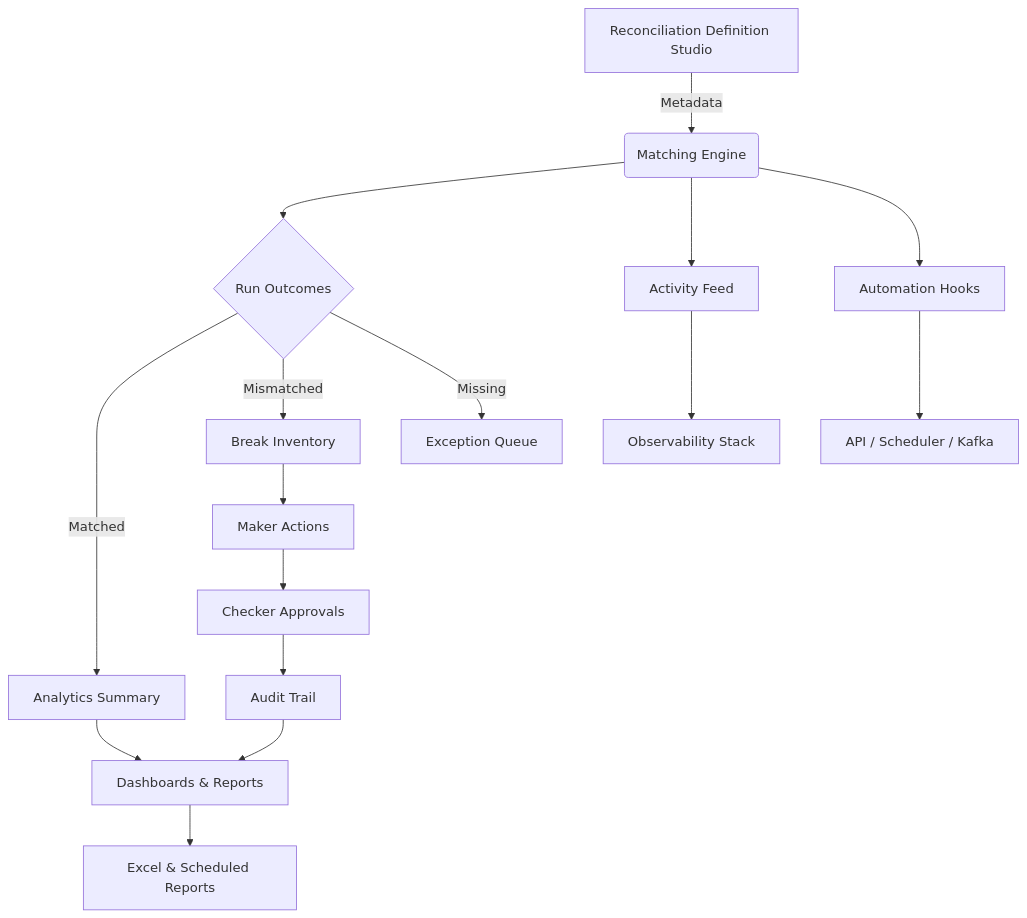
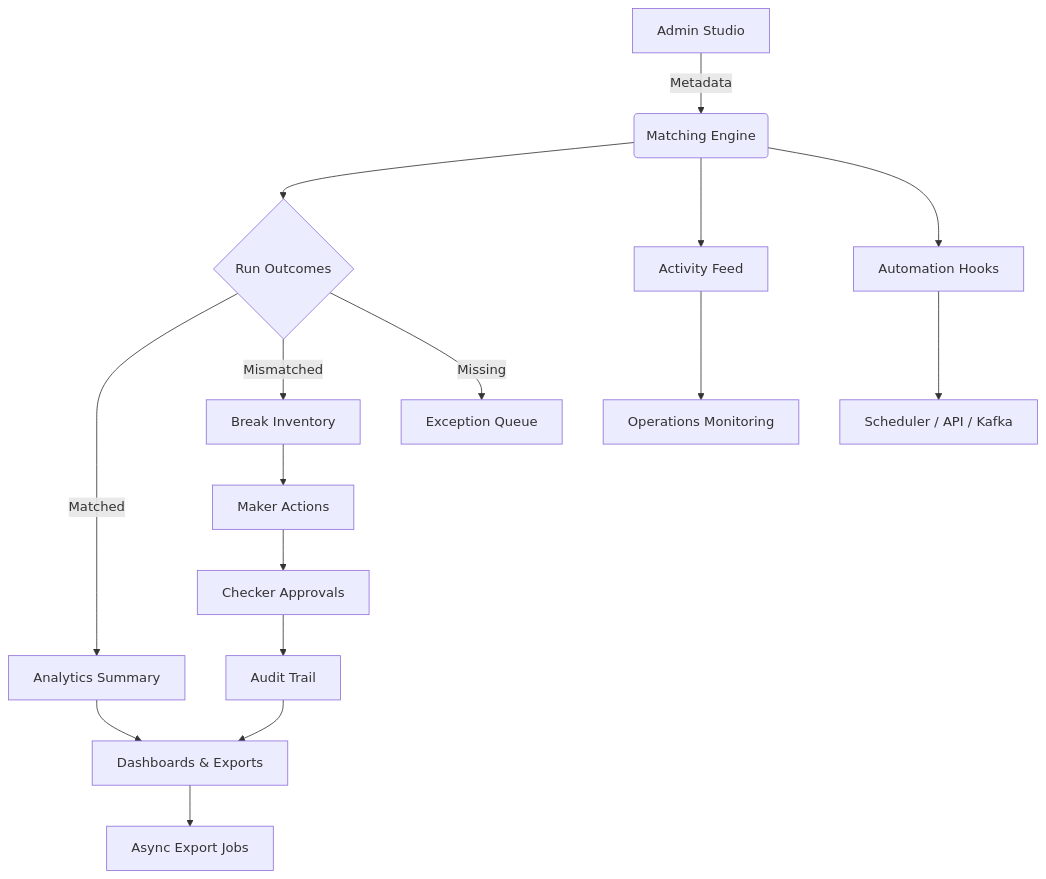
The first of 2 diagrams in docs/wiki/features.md (kleash/recon-platform), drawn with Mermaid before and after one commit. The commit also changed other lines of this file and 6 other files, not shown here.

````diff
--- a/docs/wiki/features.md
+++ b/docs/wiki/features.md
@@ -19,18 +20,18 @@
 ```mermaid
 graph TD
-  A[Reconciliation Definition Studio] -->|Metadata| B(Matching Engine)
+  A[Admin Studio] -->|Metadata| B(Matching Engine)
   B --> C{Run Outcomes}
   C -->|Matched| D[Analytics Summary]
   C -->|Mismatched| E[Break Inventory]
   C -->|Missing| F[Exception Queue]
   E --> G[Maker Actions]
   G --> H[Checker Approvals]
   H --> I[Audit Trail]
-  D --> J[Dashboards & Reports]
+  D --> J[Dashboards & Exports]
   I --> J
-  J --> K[Excel & Scheduled Reports]
+  J --> K[Async Export Jobs]
   B --> L[Activity Feed]
-  L --> M[Observability Stack]
+  L --> M[Operations Monitoring]
   B --> N[Automation Hooks]
-  N --> O[API / Scheduler / Kafka]
+  N --> O[Scheduler / API / Kafka]
 ```
````
